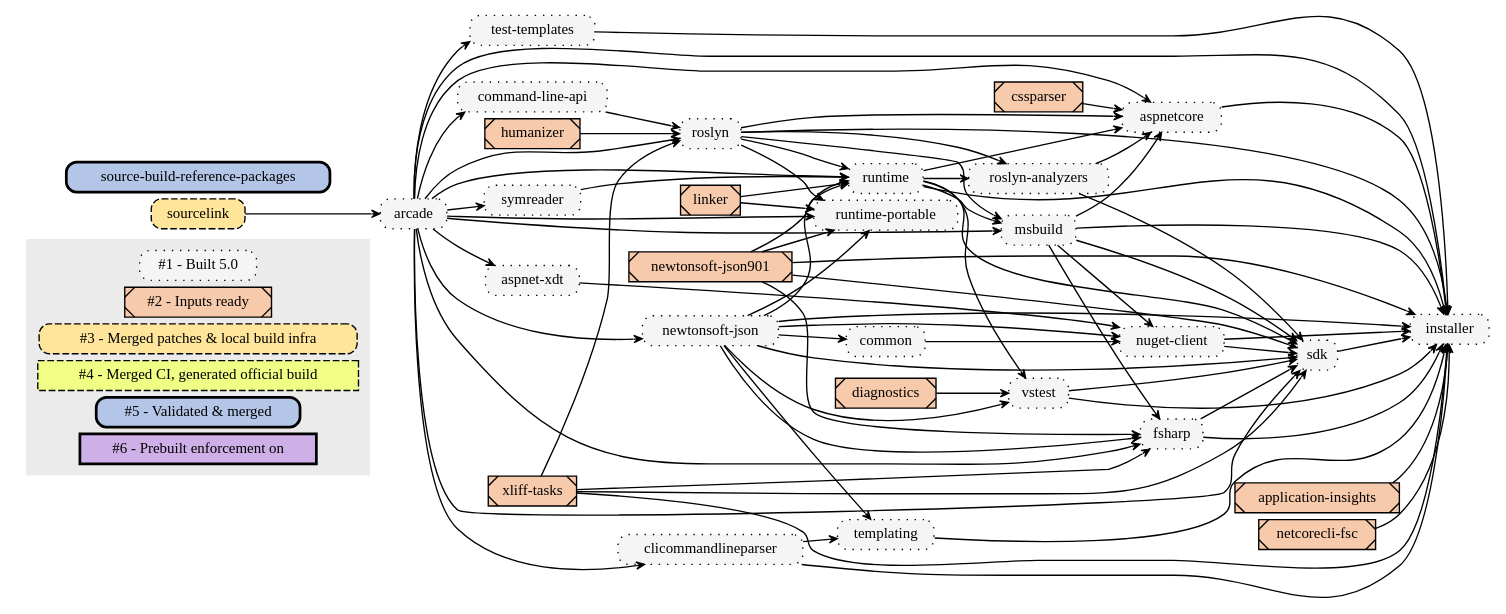
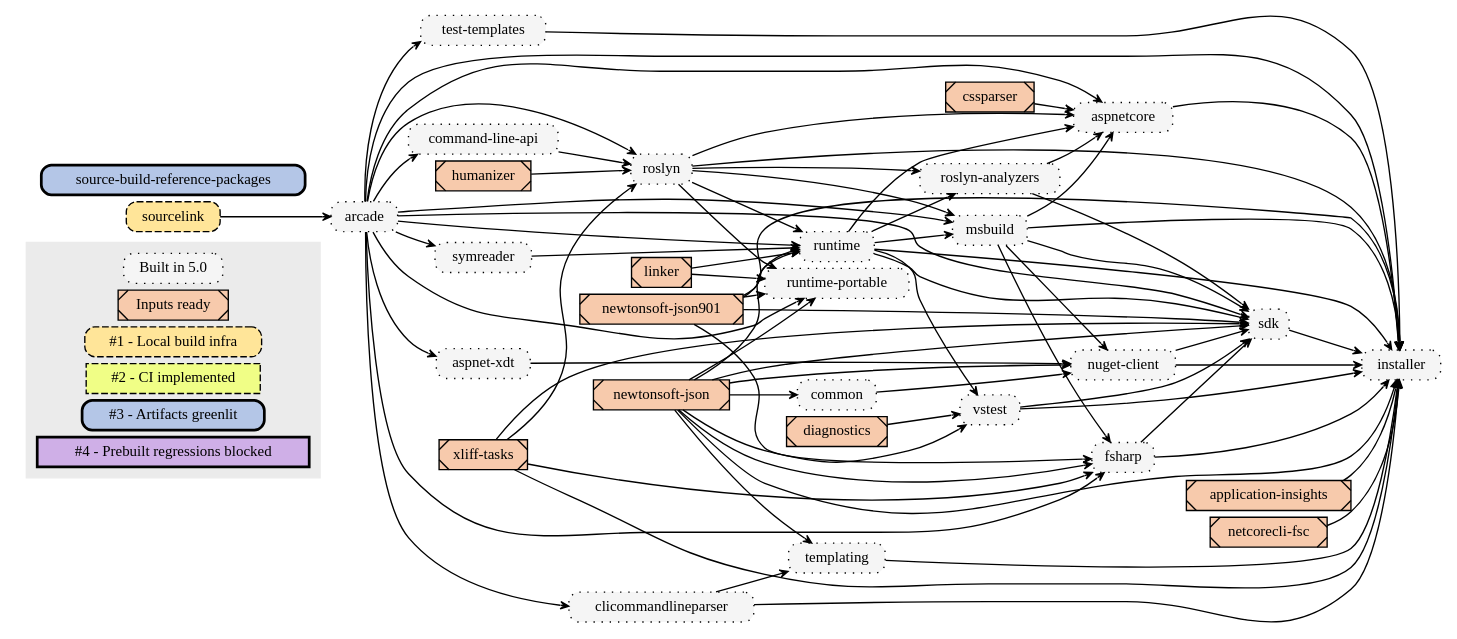
One commit to dotnet/source-build changed the diagram in Documentation/planning/arcade-powered-source-build/img/implementation-plan-graph.dot. Above: the diagram before and after it, drawn with Graphviz. The commit also changed 2 other files, not shown here.

Commit message:
Update stages: 1-4; newtonsoft-json dependency

```diff
--- a/Documentation/planning/arcade-powered-source-build/img/implementation-plan-graph.dot
+++ b/Documentation/planning/arcade-powered-source-build/img/implementation-plan-graph.dot
@@ -1,125 +1,124 @@
 // dot.exe implementation-plan-graph.dot -Tsvg -o implementation-plan-graph.svg
 
 digraph {
 node[
   shape=rect
   width=0 height=0 margin=0.07
   style=filled
   fontsize=11]
 edge[
   penwidth=1
   arrowsize=0.6
   arrowhead=vee
   pencolor="#444444"]
 rankdir=LR
 nodesep=0.07
 ranksep=0.08
 
-node [fillcolor="#F5F5F5",style="dotted,filled,rounded",tooltip="1"]
-"s1"[label="#1 - Built 5.0"]
-"arcade" "aspnet-xdt" "aspnetcore" "clicommandlineparser" "command-line-api" "fsharp" "msbuild" "newtonsoft-json" "nuget-client" "roslyn" "roslyn-analyzers" "runtime" "runtime-portable" "sdk" "templating" "vstest" "installer" "symreader" "common" "test-templates"
+node [fillcolor="#F5F5F5",style="dotted,filled,rounded",tooltip="Built"]
+"pre0"[label="Built in 5.0"]
+"arcade" "aspnet-xdt" "aspnetcore" "clicommandlineparser" "command-line-api" "fsharp" "msbuild" "nuget-client" "roslyn" "roslyn-analyzers" "runtime" "runtime-portable" "sdk" "templating" "vstest" "installer" "symreader" "common" "test-templates"
 
-node [fillcolor="#F7CAAC",style="filled,diagonals",tooltip="2"]
-"s2"[label="#2 - Inputs ready"]
-"application-insights" "netcorecli-fsc" "newtonsoft-json901" "xliff-tasks" "humanizer" "linker" "cssparser" "diagnostics"
+node [fillcolor="#F7CAAC",style="filled,diagonals",tooltip="Inputs ready"]
+"pre1"[label="Inputs ready"]
+"application-insights" "netcorecli-fsc" "newtonsoft-json" "newtonsoft-json901" "xliff-tasks" "humanizer" "linker" "cssparser" "diagnostics"
 
-node [fillcolor="#FFE599",style="dashed,filled,rounded",tooltip="3"]
-"s3"[label="#3 - Merged patches & local build infra"]
+node [fillcolor="#FFE599",style="dashed,filled,rounded",tooltip="1"]
+"s1"[label="#1 - Local build infra"]
 "sourcelink"
 
-node [fillcolor="#F0FE86",style="dashed,filled",tooltip="4"]
-"s4"[label="#4 - Merged CI, generated official build"]
+node [fillcolor="#F0FE86",style="dashed,filled",tooltip="2"]
+"s2"[label="#2 - CI implemented"]
 
-node [fillcolor="#B4C6E7",style="bold,filled,rounded",tooltip="5"]
-"s5"[label="#5 - Validated & merged"]
+node [fillcolor="#B4C6E7",style="bold,filled,rounded",tooltip="3"]
+"s3"[label="#3 - Artifacts greenlit"]
 "source-build-reference-packages"
 
-node [fillcolor="#CFAFE7",style="bold,filled",tooltip="6"]
-"s6"[label="#6 - Prebuilt enforcement on"]
+node [fillcolor="#CFAFE7",style="bold,filled",tooltip="4"]
+"s4"[label="#4 - Prebuilt regressions blocked"]
 
 // Color all future nodes red. All nodes should be accounted for: red means they need a category.
 node [fillcolor="#FF0000",style=filled]
 
 subgraph clusterLegend {
   style=filled
   color="#ebebeb"
-  "s1" "s2" "s3" "s4" "s5" "s6"
+  "pre0" "pre1" "s1" "s2" "s3" "s4"
 }
 
 // Remaining text created by generate-graphviz.proj based on repos/*.proj:
 "sourcelink" -> "arcade"
 "arcade" -> "aspnet-xdt"
 "arcade" -> "aspnetcore"
 "cssparser" -> "aspnetcore"
 "runtime" -> "aspnetcore"
 "msbuild" -> "aspnetcore"
 "roslyn" -> "aspnetcore"
 "roslyn-analyzers" -> "aspnetcore"
 "arcade" -> "clicommandlineparser"
 "arcade" -> "command-line-api"
 "newtonsoft-json" -> "common"
 "arcade" -> "fsharp"
 "msbuild" -> "fsharp"
 "newtonsoft-json901" -> "fsharp"
 "newtonsoft-json" -> "fsharp"
 "xliff-tasks" -> "fsharp"
 "application-insights" -> "installer"
 "arcade" -> "installer"
 "aspnetcore" -> "installer"
 "clicommandlineparser" -> "installer"
 "fsharp" -> "installer"
 "msbuild" -> "installer"
 "netcorecli-fsc" -> "installer"
 "newtonsoft-json" -> "installer"
 "newtonsoft-json901" -> "installer"
 "nuget-client" -> "installer"
 "roslyn" -> "installer"
 "runtime" -> "installer"
 "sdk" -> "installer"
 "templating" -> "installer"
 "test-templates" -> "installer"
 "vstest" -> "installer"
 "xliff-tasks" -> "installer"
 "arcade" -> "msbuild"
 "runtime" -> "msbuild"
 "roslyn" -> "msbuild"
-"arcade" -> "newtonsoft-json"
 "common" -> "nuget-client"
 "newtonsoft-json" -> "nuget-client"
 "msbuild" -> "nuget-client"
 "aspnet-xdt" -> "nuget-client"
 "runtime" -> "roslyn-analyzers"
 "roslyn" -> "roslyn-analyzers"
 "arcade" -> "roslyn"
 "command-line-api" -> "roslyn"
 "humanizer" -> "roslyn"
 "xliff-tasks" -> "roslyn"
 "arcade" -> "runtime-portable"
 "linker" -> "runtime-portable"
 "newtonsoft-json" -> "runtime-portable"
 "newtonsoft-json901" -> "runtime-portable"
 "roslyn" -> "runtime-portable"
 "arcade" -> "runtime"
 "symreader" -> "runtime"
 "linker" -> "runtime"
 "newtonsoft-json" -> "runtime"
 "newtonsoft-json901" -> "runtime"
 "roslyn" -> "runtime"
 "arcade" -> "sdk"
 "xliff-tasks" -> "sdk"
 "runtime" -> "sdk"
 "msbuild" -> "sdk"
 "newtonsoft-json" -> "sdk"
 "newtonsoft-json901" -> "sdk"
 "nuget-client" -> "sdk"
 "roslyn-analyzers" -> "sdk"
 "vstest" -> "sdk"
 "fsharp" -> "sdk"
 "arcade" -> "symreader"
 "clicommandlineparser" -> "templating"
 "newtonsoft-json" -> "templating"
 "arcade" -> "test-templates"
 "diagnostics" -> "vstest"
 "runtime" -> "vstest"
 "newtonsoft-json" -> "vstest"
 }
```
